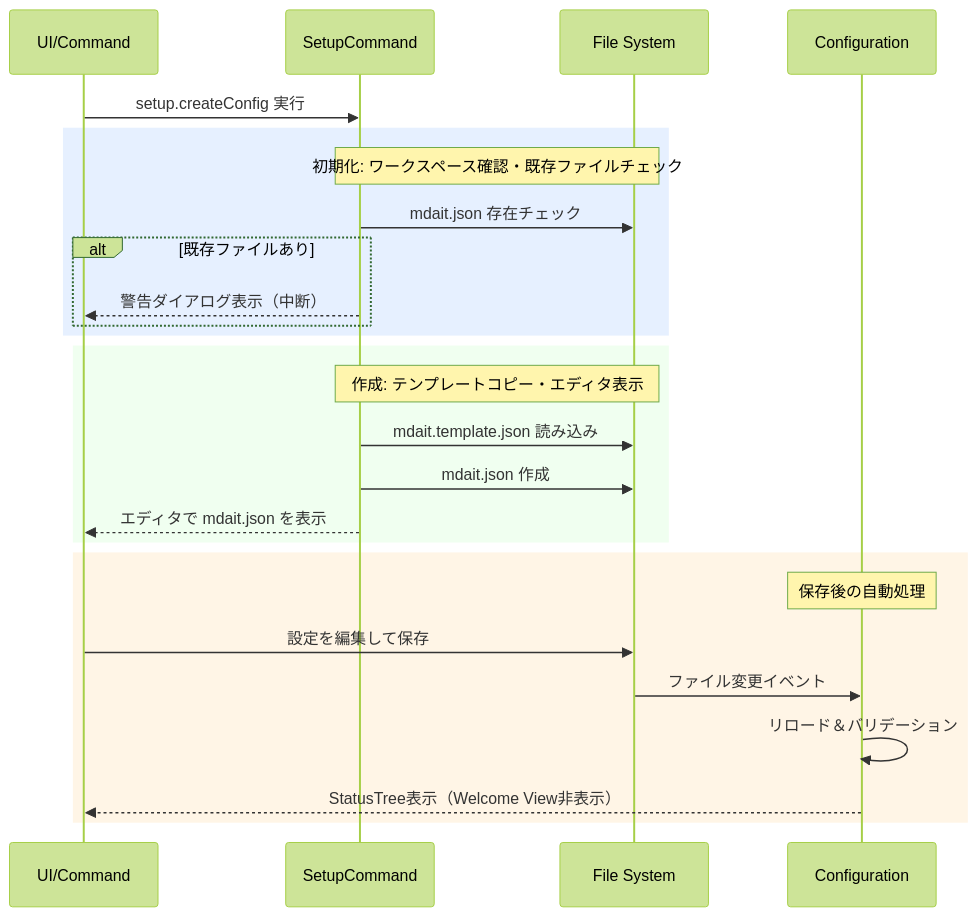
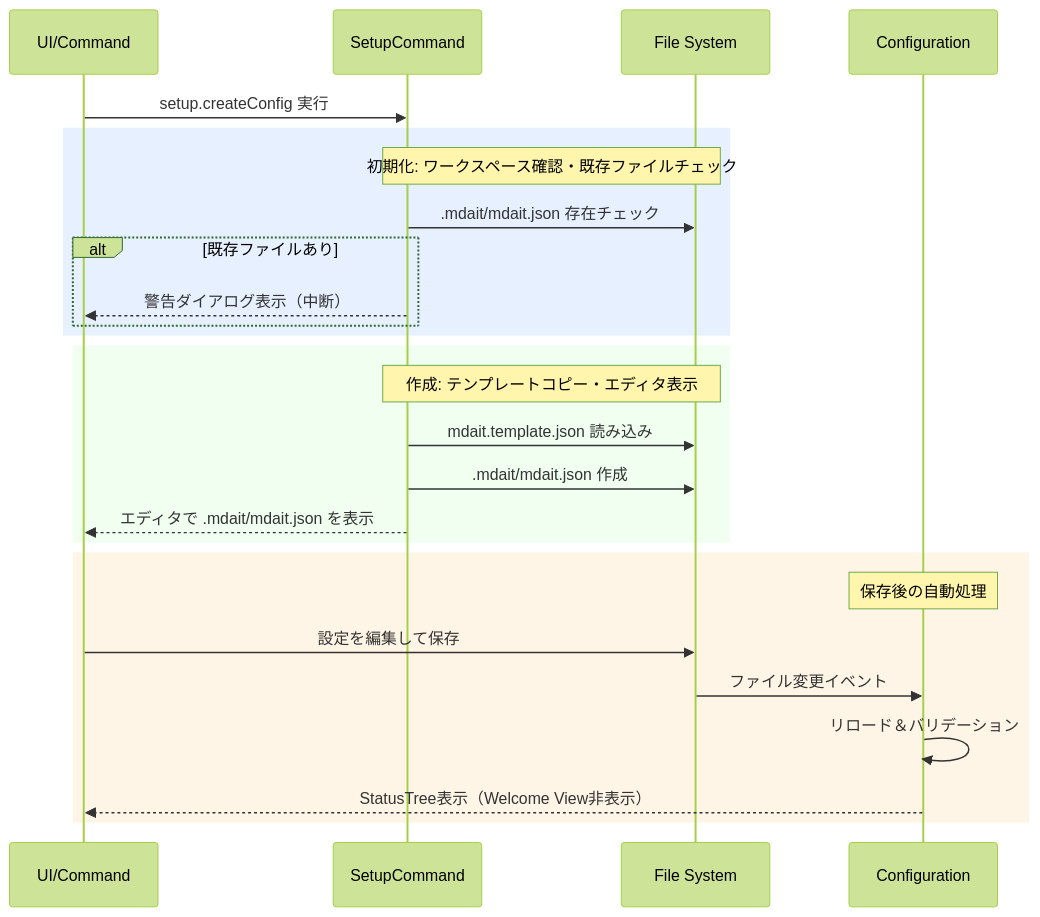
Before and after one commit to mochimochiki/mdait: the diagram in docs/design/command_setup.md, drawn with Mermaid (forest theme). The commit also changed other lines of this file and 17 other files, not shown here.

````diff
--- a/docs/design/command_setup.md
+++ b/docs/design/command_setup.md
@@ -55,32 +55,32 @@
 ```mermaid
 sequenceDiagram
     participant User as UI/Command
     participant Cmd as SetupCommand
     participant FS as File System
     participant Cfg as Configuration
 
     User->>Cmd: setup.createConfig 実行
 
     rect rgb(230, 240, 255)
         Note over Cmd,FS: 初期化: ワークスペース確認・既存ファイルチェック
-        Cmd->>FS: mdait.json 存在チェック
+        Cmd->>FS: .mdait/mdait.json 存在チェック
         alt 既存ファイルあり
             Cmd-->>User: 警告ダイアログ表示（中断）
         end
     end
 
     rect rgb(240, 255, 240)
         Note over Cmd,FS: 作成: テンプレートコピー・エディタ表示
         Cmd->>FS: mdait.template.json 読み込み
-        Cmd->>FS: mdait.json 作成
-        Cmd-->>User: エディタで mdait.json を表示
+        Cmd->>FS: .mdait/mdait.json 作成
+        Cmd-->>User: エディタで .mdait/mdait.json を表示
     end
 
     rect rgb(255, 245, 230)
         Note over Cfg: 保存後の自動処理
         User->>FS: 設定を編集して保存
         FS->>Cfg: ファイル変更イベント
         Cfg->>Cfg: リロード＆バリデーション
         Cfg-->>User: StatusTree表示（Welcome View非表示）
     end
 ```
````
